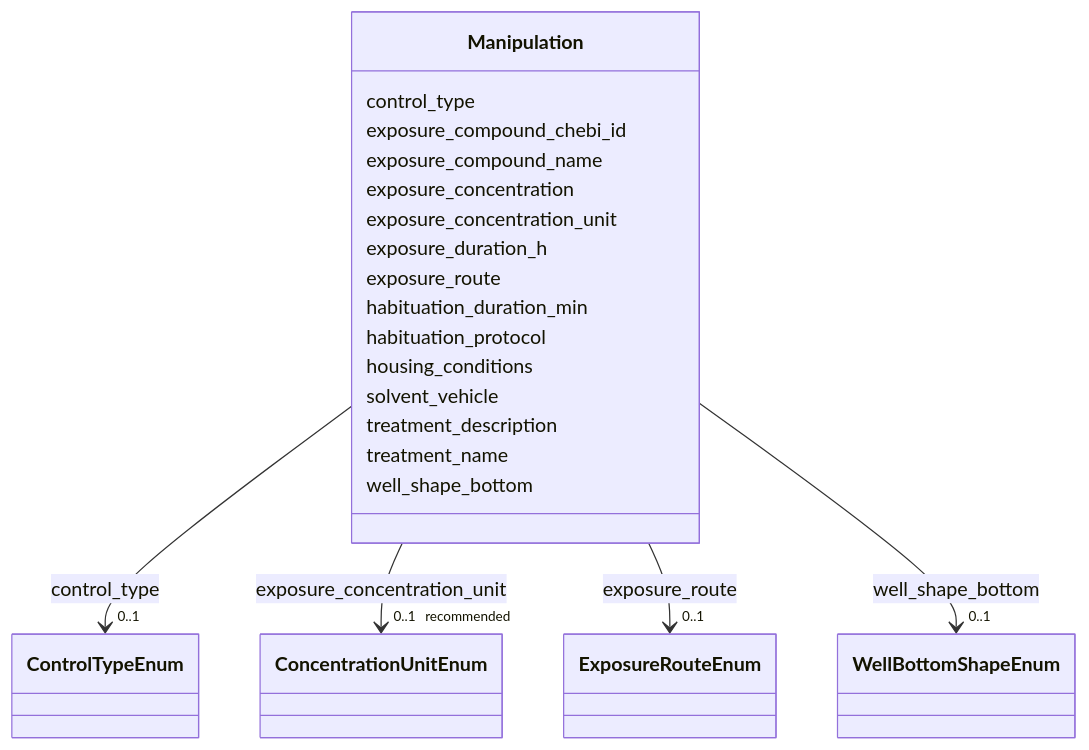
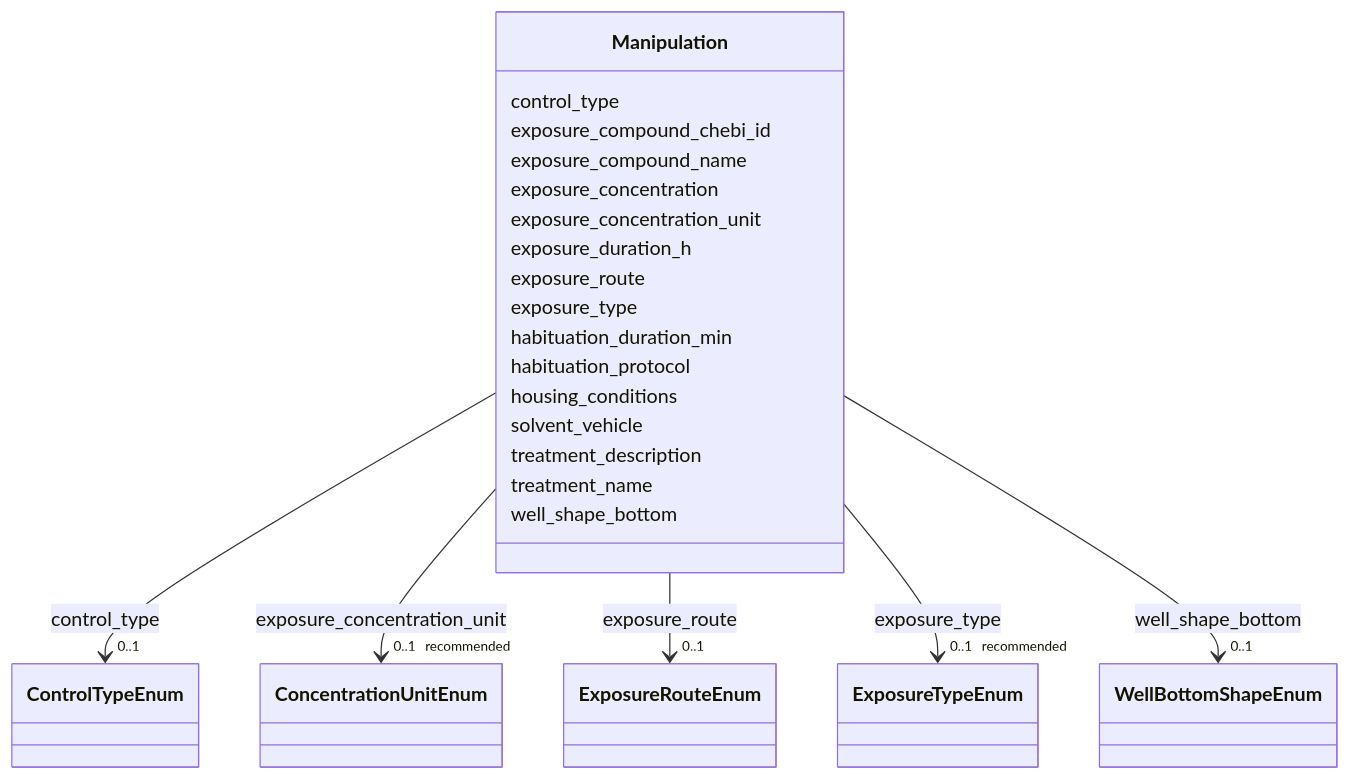
The diagram in docs/Manipulation.md (Helmholtz-UFZ/BeStMeta), drawn with Mermaid before and after one commit. The commit also changed other lines of this file and 30 other files, not shown here.

````diff
--- a/docs/Manipulation.md
+++ b/docs/Manipulation.md
@@ -23,70 +23,81 @@
 ```mermaid
  classDiagram
     class Manipulation
     click Manipulation href "../Manipulation/"
       Manipulation : control_type
         
           
     
         
         
         Manipulation --> "0..1" ControlTypeEnum : control_type
         click ControlTypeEnum href "../ControlTypeEnum/"
     
 
         
       Manipulation : exposure_compound_chebi_id
         
       Manipulation : exposure_compound_name
         
       Manipulation : exposure_concentration
         
       Manipulation : exposure_concentration_unit
         
           
     
         
         
         Manipulation --> "0..1 _recommended_" ConcentrationUnitEnum : exposure_concentration_unit
         click ConcentrationUnitEnum href "../ConcentrationUnitEnum/"
     
 
         
       Manipulation : exposure_duration_h
         
       Manipulation : exposure_route
         
           
     
         
         
         Manipulation --> "0..1" ExposureRouteEnum : exposure_route
         click ExposureRouteEnum href "../ExposureRouteEnum/"
     
 
         
+      Manipulation : exposure_type
+        
+          
+    
+        
+        
+        Manipulation --> "0..1 _recommended_" ExposureTypeEnum : exposure_type
+        click ExposureTypeEnum href "../ExposureTypeEnum/"
+    
+
+        
       Manipulation : habituation_duration_min
         
       Manipulation : habituation_protocol
         
       Manipulation : housing_conditions
         
       Manipulation : solvent_vehicle
         
       Manipulation : treatment_description
         
       Manipulation : treatment_name
         
       Manipulation : well_shape_bottom
         
           
     
         
         
         Manipulation --> "0..1" WellBottomShapeEnum : well_shape_bottom
         click WellBottomShapeEnum href "../WellBottomShapeEnum/"
     
 
         
       
 ```
````
